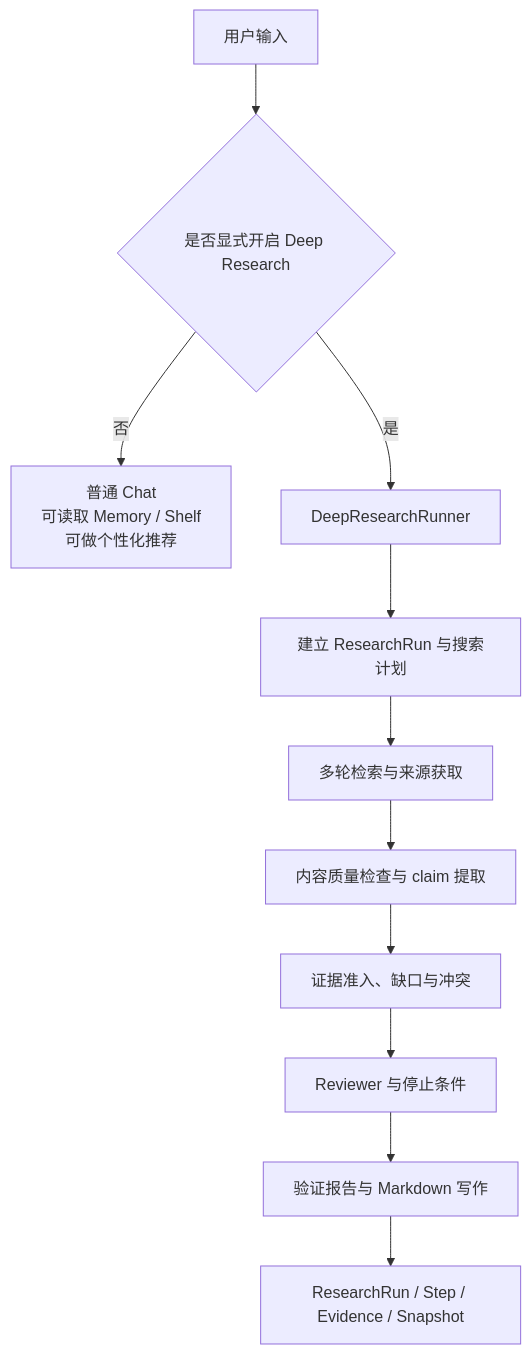
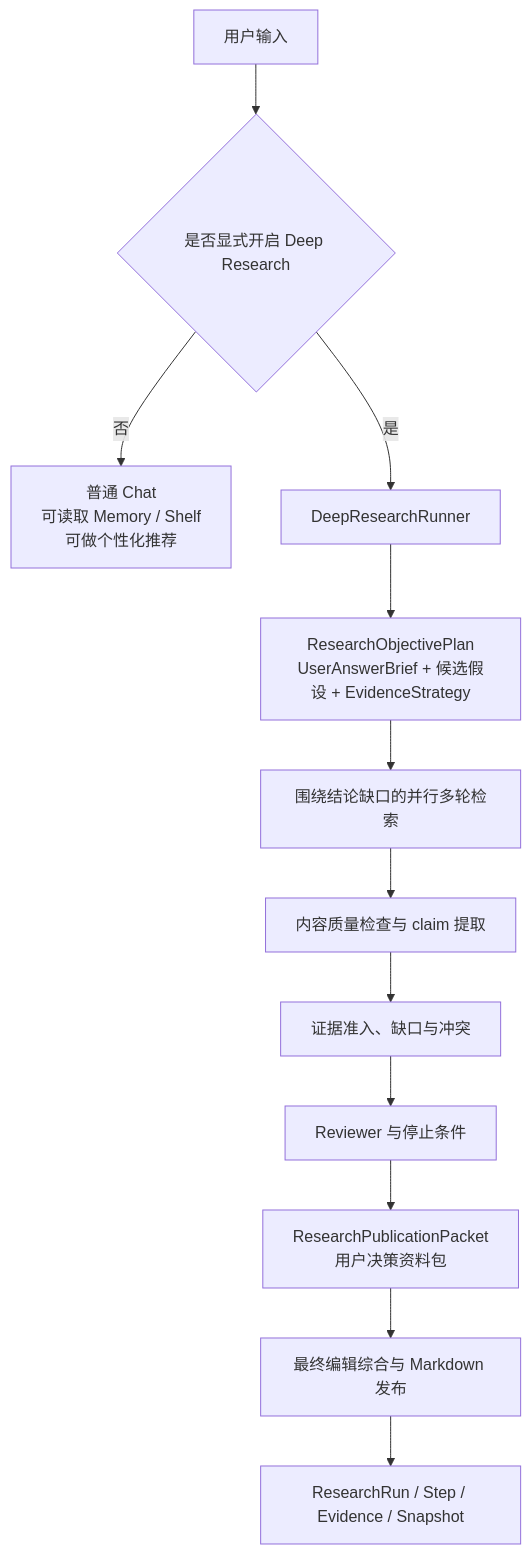
Before and after one commit to vic-ice/AgentHub: the fifth of 6 diagrams in docs/论文技术事实材料.md, drawn with Mermaid. The commit also changed other lines of this file, not shown here.

Commit message:
docs: refresh thesis technical facts for current architecture

```diff
--- a/docs/论文技术事实材料.md
+++ b/docs/论文技术事实材料.md
@@ -362,13 +376,14 @@
 ~~~mermaid
 flowchart TB
     U["用户输入"] --> M{"是否显式开启 Deep Research"}
     M -->|"否"| CHAT["普通 Chat<br/>可读取 Memory / Shelf<br/>可做个性化推荐"]
     M -->|"是"| DR["DeepResearchRunner"]
-    DR --> PLAN["建立 ResearchRun 与搜索计划"]
-    PLAN --> SEARCH["多轮检索与来源获取"]
+    DR --> PLAN["ResearchObjectivePlan<br/>UserAnswerBrief + 候选假设 + EvidenceStrategy"]
+    PLAN --> SEARCH["围绕结论缺口的并行多轮检索"]
     SEARCH --> QUALITY["内容质量检查与 claim 提取"]
     QUALITY --> ADMIT["证据准入、缺口与冲突"]
     ADMIT --> REVIEW["Reviewer 与停止条件"]
-    REVIEW --> REPORT["验证报告与 Markdown 写作"]
+    REVIEW --> PACKET["ResearchPublicationPacket<br/>用户决策资料包"]
+    PACKET --> REPORT["最终编辑综合与 Markdown 发布"]
     REPORT --> STORE["ResearchRun / Step / Evidence / Snapshot"]
 ~~~
```
